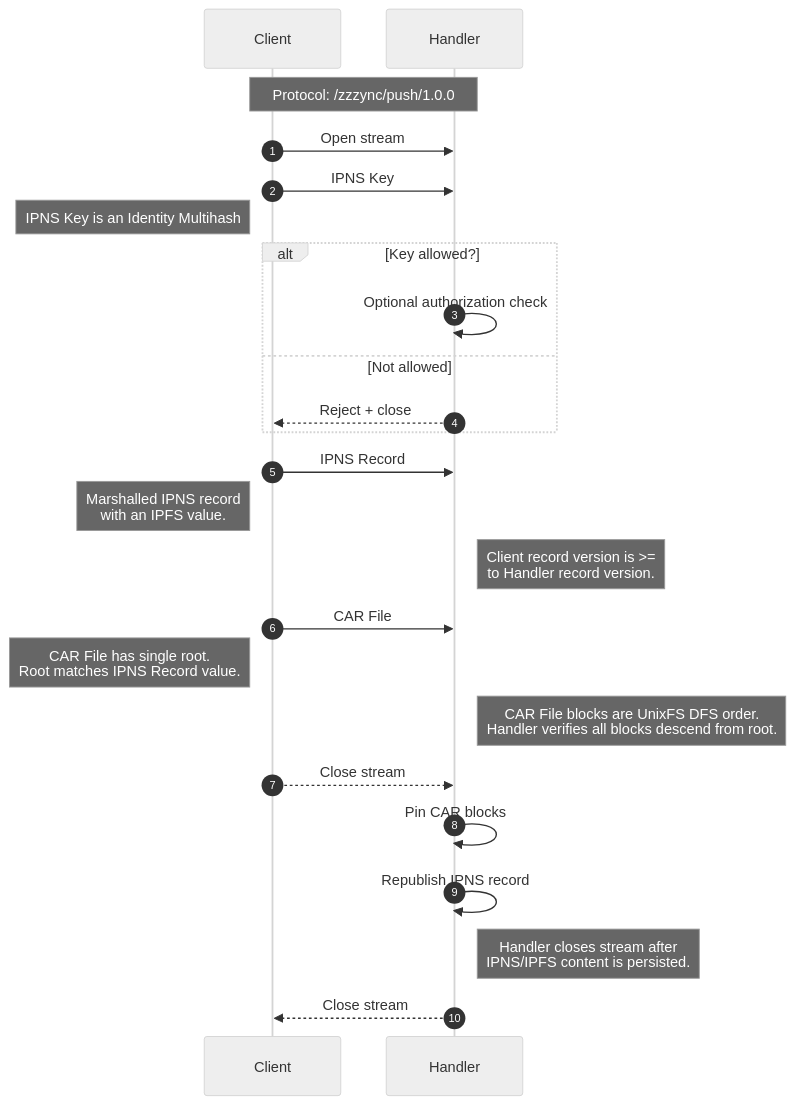
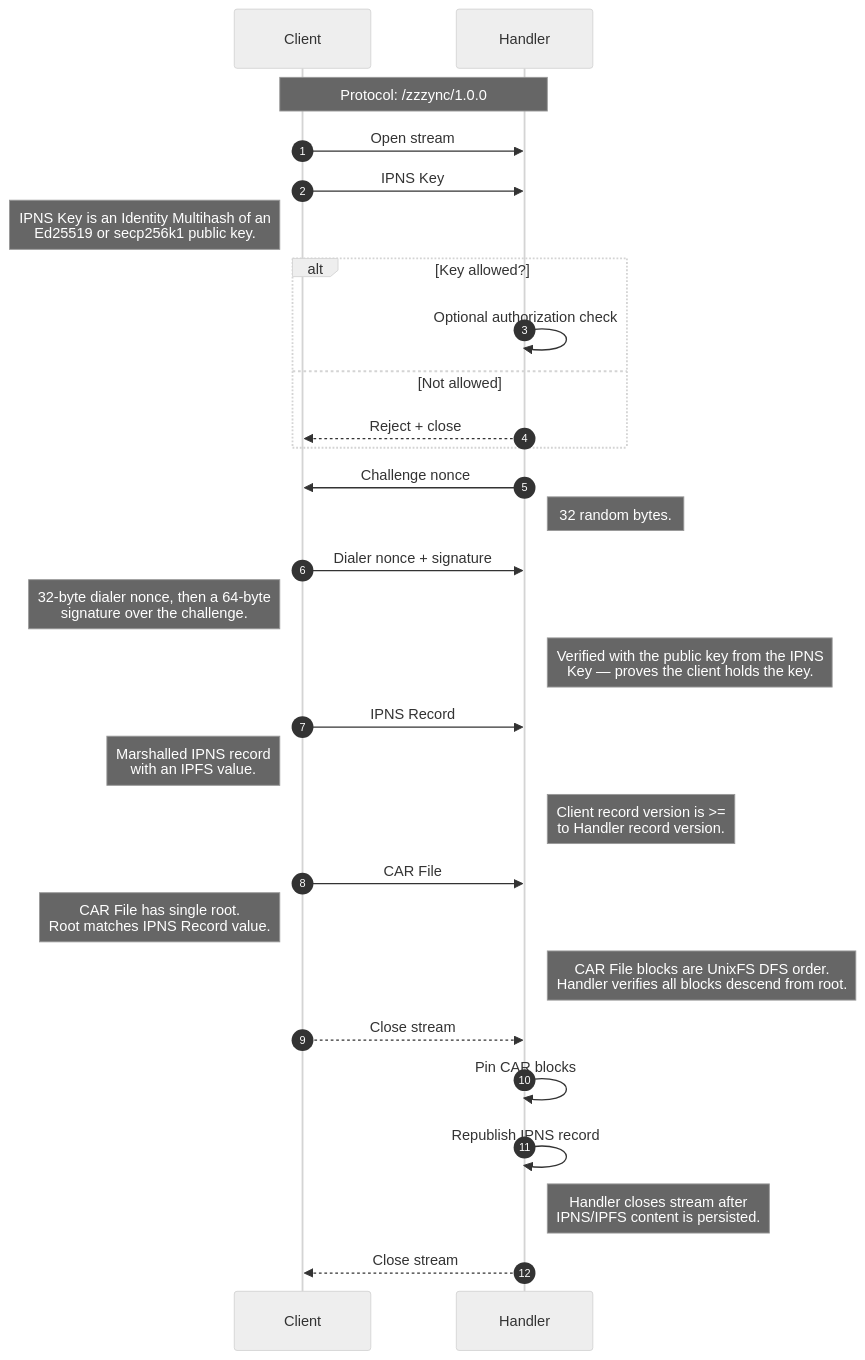
One commit to tabcat/zzzync changed the diagram in spec.md. Above: the diagram before and after it, drawn with Mermaid (neutral theme). The commit also changed other lines of this file, not shown here.

First line of the commit message:
docs: document the challenge/response handshake in spec.md

````diff
--- a/spec.md
+++ b/spec.md
@@ -13,33 +13,40 @@
 ```mermaid
 sequenceDiagram
   autonumber
   participant C as Client
   participant H as Handler
 
-  Note over C,H: Protocol: /zzzync/push/1.0.0
+  Note over C,H: Protocol: /zzzync/1.0.0
 
   C->>H: Open stream
 
   C->>H: IPNS Key
-  Note left of C: IPNS Key is an Identity Multihash
+  Note left of C: IPNS Key is an Identity Multihash of an<br/>Ed25519 or secp256k1 public key.
 
   alt Key allowed?
     H->>H: Optional authorization check
   else Not allowed
     H-->>C: Reject + close
   end
+
+  H->>C: Challenge nonce
+  Note right of H: 32 random bytes.
+
+  C->>H: Dialer nonce + signature
+  Note left of C: 32-byte dialer nonce, then a 64-byte<br/>signature over the challenge.
+  Note right of H: Verified with the public key from the IPNS<br/>Key — proves the client holds the key.
 
   C->>H: IPNS Record
   Note left of C: Marshalled IPNS record<br/>with an IPFS value.
   Note right of H: Client record version is >=<br/>to Handler record version.
 
   C->>H: CAR File
   Note left of C: CAR File has single root.<br/>Root matches IPNS Record value.
   Note right of H: CAR File blocks are UnixFS DFS order.<br/>Handler verifies all blocks descend from root.
   C-->>H: Close stream
 
   H->>H: Pin CAR blocks
   H->>H: Republish IPNS record
   Note right of H: Handler closes stream after<br/>IPNS/IPFS content is persisted.
   H-->>C: Close stream
 ```
````
